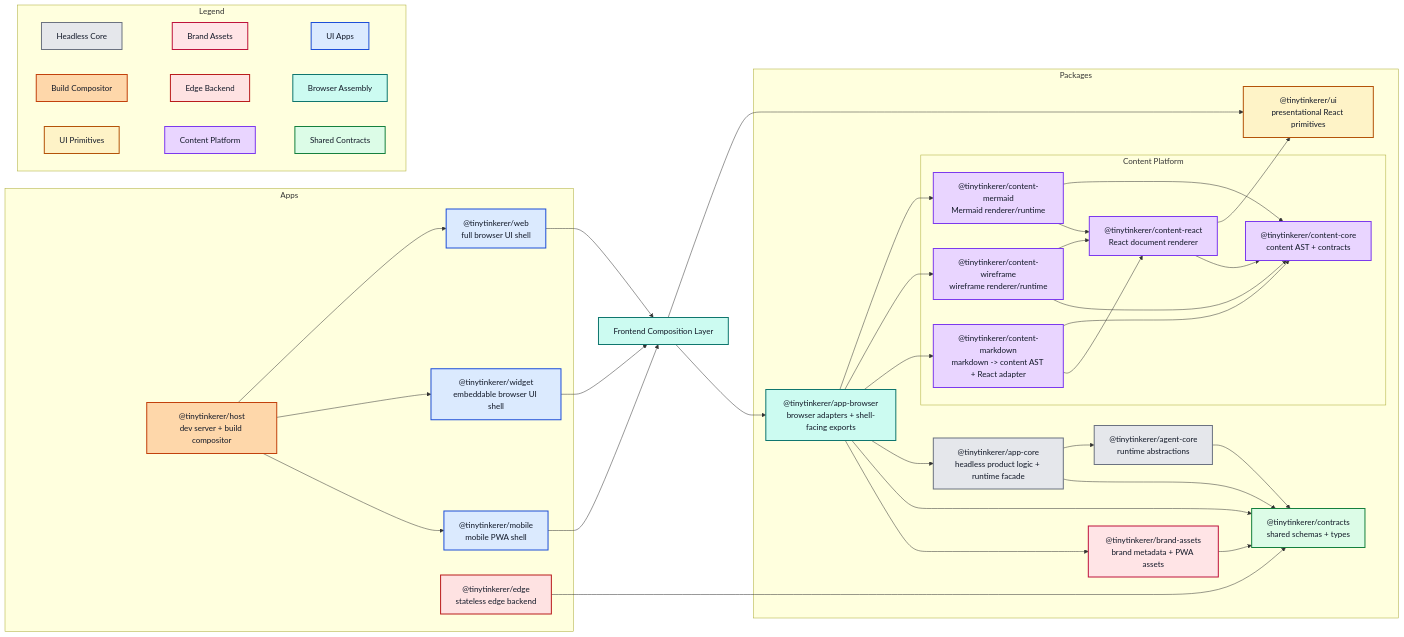
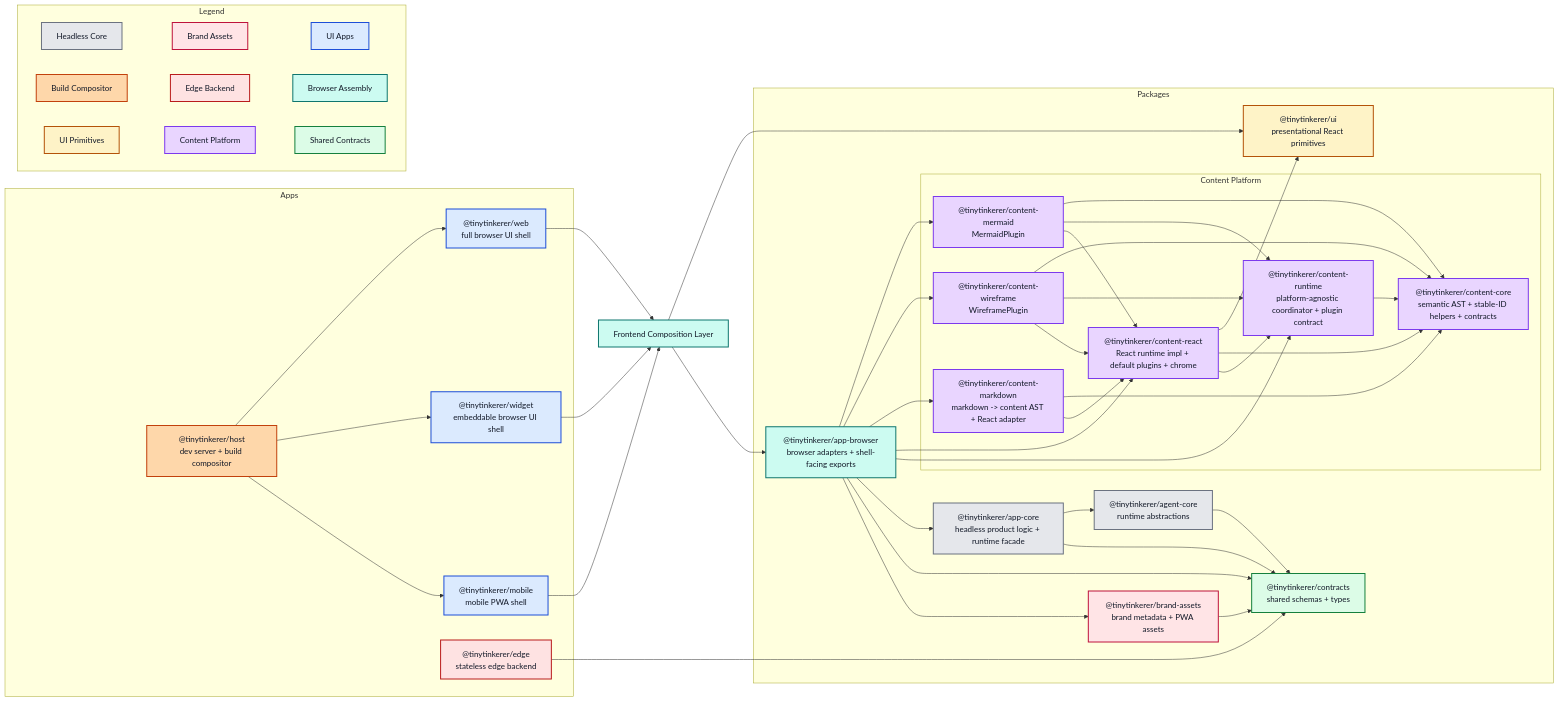
Before and after one commit to NNTin/tinytinkerer: the diagram in docs/ARCHITECTURE.md, drawn with Mermaid. The commit also changed other lines of this file and 2 other files, not shown here.

```diff
--- a/docs/ARCHITECTURE.md
+++ b/docs/ARCHITECTURE.md
@@ -53,11 +53,12 @@
     ui["@tinytinkerer/ui<br/>presentational React primitives"]
 
     subgraph ContentPlatform["Content Platform"]
-      contentcore["@tinytinkerer/content-core<br/>content AST + contracts"]
+      contentcore["@tinytinkerer/content-core<br/>semantic AST + stable-ID helpers + contracts"]
+      contentruntime["@tinytinkerer/content-runtime<br/>platform-agnostic coordinator + plugin contract"]
       contentmarkdown["@tinytinkerer/content-markdown<br/>markdown -> content AST + React adapter"]
-      contentreact["@tinytinkerer/content-react<br/>React document renderer"]
-      contentmermaid["@tinytinkerer/content-mermaid<br/>Mermaid renderer/runtime"]
-      contentwireframe["@tinytinkerer/content-wireframe<br/>wireframe renderer/runtime"]
+      contentreact["@tinytinkerer/content-react<br/>React runtime impl + default plugins + chrome"]
+      contentmermaid["@tinytinkerer/content-mermaid<br/>MermaidPlugin"]
+      contentwireframe["@tinytinkerer/content-wireframe<br/>WireframePlugin"]
     end
   end
 
@@ -79,18 +80,25 @@
   appbrowser --> contentmermaid
   appbrowser --> contentwireframe
   appbrowser --> contentmarkdown
+  appbrowser --> contentreact
+  appbrowser --> contentruntime
   appbrowser --> appcore
   appbrowser --> contracts
   appbrowser --> brand
+
+  contentruntime --> contentcore
 
   contentmarkdown --> contentcore
   contentmarkdown --> contentreact
   contentreact --> ui
   contentreact --> contentcore
+  contentreact --> contentruntime
   contentmermaid --> contentcore
+  contentmermaid --> contentruntime
   contentmermaid --> contentreact
+  contentwireframe --> contentcore
+  contentwireframe --> contentruntime
   contentwireframe --> contentreact
-  contentwireframe --> contentcore
 
   agent --> contracts
   brand --> contracts
@@ -127,7 +135,7 @@
   class edge,legendEdge edgeApp;
   class common,appbrowser,legendBrowser browserAssembly;
   class ui,legendUi uiPrimitives;
-  class contentcore,contentmarkdown,contentreact,contentmermaid,contentwireframe,legendFeature sharedFeature;
+  class contentcore,contentruntime,contentmarkdown,contentreact,contentmermaid,contentwireframe,legendFeature sharedFeature;
   class contracts,legendContracts contractsLayer;
   class agent,appcore,legendCore coreLayer;
   class brand,legendBrand brandLayer;
```
